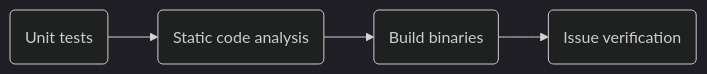
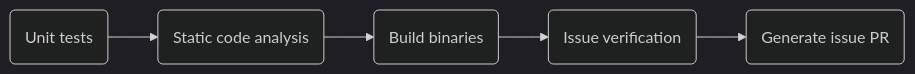
The fifth of 10 diagrams in docs/factory_pipelines.md (ContinuousEngineeringProject/ContinuousEngineeringProject.github.io), drawn with Mermaid (dark theme) before and after one commit. The commit also changed other lines of this file, not shown here.

Commit message:
docs(pipeline): refactor issue branch & PR

````diff
--- a/docs/factory_pipelines.md
+++ b/docs/factory_pipelines.md
@@ -91,8 +91,10 @@
 ```mermaid
 flowchart LR
   id1(Unit tests)
   id2(Static code analysis)
   id3(Build binaries)
   id4(Issue verification)
-  id1 --> id2 --> id3 --> id4
+  id5(Generate issue PR)
+  
+  id1 --> id2 --> id3 --> id4 --> id5
 ```
````
